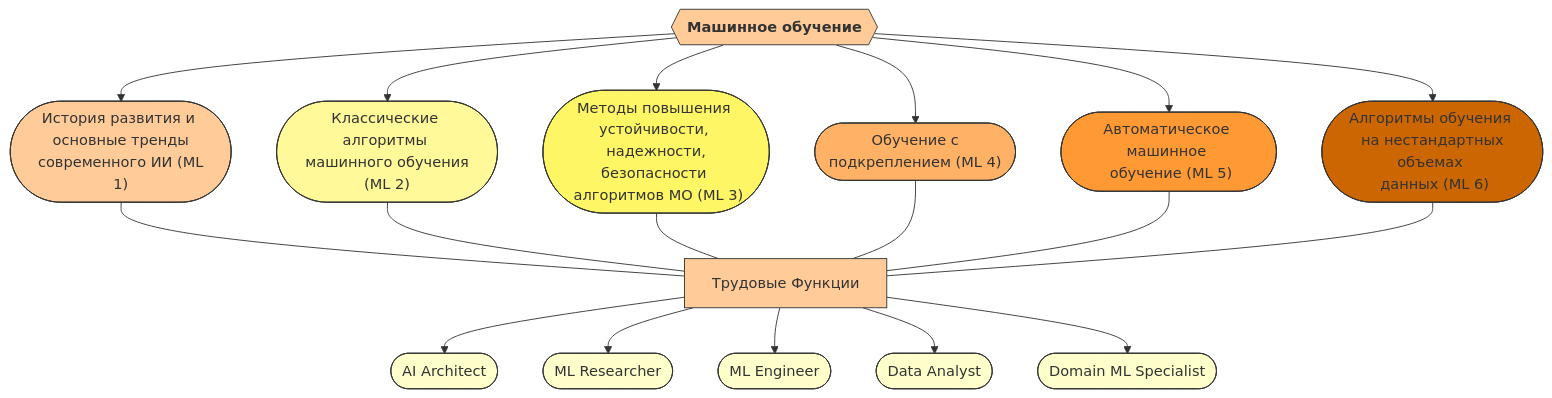
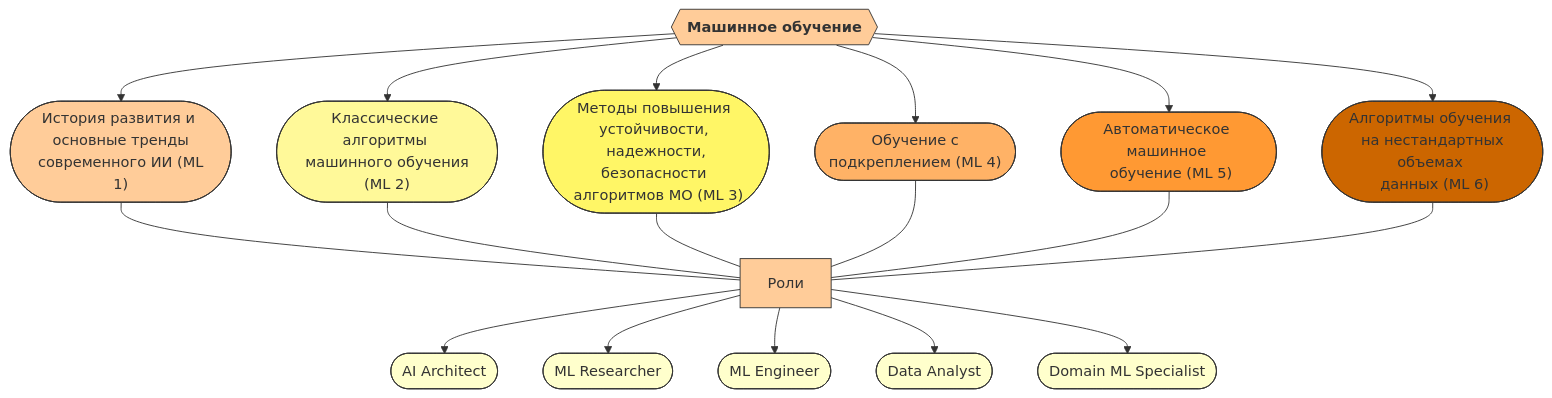
One commit to aimclub/ai-competency-model changed the third of 4 diagrams in README.md. Above: the diagram before and after it, drawn with Mermaid. The commit also changed other lines of this file, not shown here.

````diff
--- a/README.md
+++ b/README.md
@@ -81,43 +81,43 @@
 ```mermaid
 graph TD;
 classDef ML1Style fill:#FFCC99,stroke:#333,stroke-width:1px
 classDef ML2Style fill:#FFF999,stroke:#333,stroke-width:1px
 classDef ML3Style fill:#FFF666,stroke:#333,stroke-width:1px
 classDef ML4Style fill:#FFB266,stroke:#333,stroke-width:1px
 classDef ML5Style fill:#FF9933,stroke:#333,stroke-width:1px
 classDef ML6Style fill:#CC6600,stroke:#333,stroke-width:1px
 classDef MLJobStyle fill:#FFFFCC,stroke:#333,stroke-width:1px
 
 areaML{{"`**Машинное обучение**`"}}:::ML1Style -->aspectHistoryTrends(["История развития и <br> основные тренды <br> современного ИИ (ML 1)"]):::ML1Style
 areaML -->aspectClassicAlgo(["Классические алгоритмы <br> машинного обучения (ML 2)"]):::ML2Style
 areaML -->aspectMLStability(["Методы повышения устойчивости, <br> надежности, безопасности <br> алгоритмов МО (ML 3)"]):::ML3Style
 areaML -->aspectReinforcementLearning(["Обучение с <br> подкреплением (ML 4)"]):::ML4Style
 areaML -->aspectAutoML(["Автоматическое машинное <br> обучение (ML 5)"]):::ML5Style
 areaML -->aspectNonStandardLearningAlgo(["Алгоритмы обучения <br> на нестандартных объемах <br> данных (ML 6)"]):::ML6Style
 
-aspectHistoryTrends ---jobsHeaderML["Трудовые Функции"]:::ML1Style
+aspectHistoryTrends ---jobsHeaderML["Роли"]:::ML1Style
 aspectClassicAlgo ---jobsHeaderML
 aspectMLStability ---jobsHeaderML
 aspectReinforcementLearning ---jobsHeaderML
 aspectAutoML ---jobsHeaderML
 aspectNonStandardLearningAlgo ---jobsHeaderML
 
 jobsHeaderML -->jobAIArchitect(["AI Architect"]):::MLJobStyle
 jobsHeaderML -->jobMLResearcher(["ML Researcher"]):::MLJobStyle
 jobsHeaderML -->jobMLEngineer(["ML Engineer"]):::MLJobStyle
 jobsHeaderML -->jobDataAnalyst(["Data Analyst"]):::MLJobStyle
 jobsHeaderML -->jobDomainMLSpecialist(["Domain ML Specialist"]):::MLJobStyle
 
 click aspectHistoryTrends "https://github.com/VoidSubjucator/Competence-Bank/blob/main/Math/ML/aspectHistoryTrends.md"
 click aspectClassicAlgo "https://github.com/VoidSubjucator/Competence-Bank/blob/main/Math/ML/aspectClassicAlgo.md"
 click aspectMLStability "https://github.com/VoidSubjucator/Competence-Bank/blob/main/Math/ML/aspectMLStability.md"
 click aspectReinforcementLearning "https://github.com/VoidSubjucator/Competence-Bank/blob/main/Math/ML/aspectReinforcementLearning.md"
 click aspectAutoML "https://github.com/VoidSubjucator/Competence-Bank/blob/main/Math/ML/aspectAutoML.md"
 click aspectNonStandardLearningAlgo "https://github.com/VoidSubjucator/Competence-Bank/blob/main/Math/ML/aspectNonStandardLearningAlgo.md"
 
 click jobAIArchitect "https://github.com/VoidSubjucator/Competence-Bank/blob/main/Jobs/jobAIArchitect.md"
 click jobMLResearcher "https://github.com/VoidSubjucator/Competence-Bank/blob/main/Jobs/jobMLResearcher.md"
 click jobMLEngineer "https://github.com/VoidSubjucator/Competence-Bank/blob/main/Jobs/jobMLEngineer.md"
 click jobDataAnalyst "https://github.com/VoidSubjucator/Competence-Bank/blob/main/Jobs/jobDataAnalyst.md"
 click jobDomainMLSpecialist "https://github.com/VoidSubjucator/Competence-Bank/blob/main/Jobs/jobDomainMLSpecialist.md"
 ```
````
